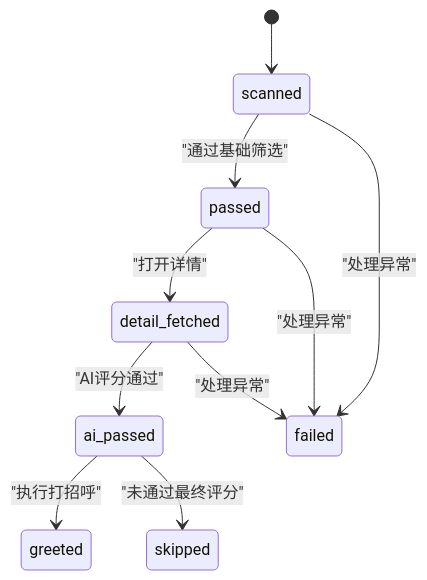
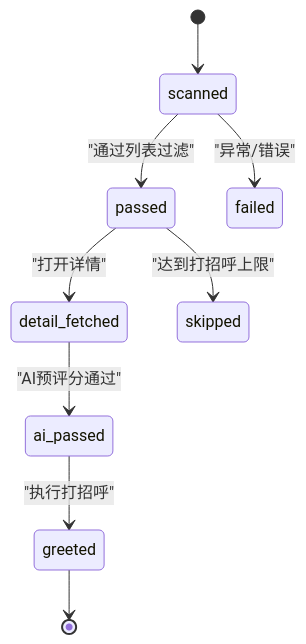
The seventh of 10 diagrams in .qoder/repowiki/zh/content/本地执行器/平台适配器/前程无忧适配器/候选人处理.md (alvinwangzi/goodhr), drawn with Mermaid before and after one commit. The commit also changed other lines of this file and 149 other files, not shown here.

````diff
--- a/.qoder/repowiki/zh/content/本地执行器/平台适配器/前程无忧适配器/候选人处理.md
+++ b/.qoder/repowiki/zh/content/本地执行器/平台适配器/前程无忧适配器/候选人处理.md
@@ -232,12 +259,11 @@
 ```mermaid
 stateDiagram-v2
 [*] --> scanned
-scanned --> passed : "通过基础筛选"
+scanned --> passed : "通过列表过滤"
 passed --> detail_fetched : "打开详情"
-detail_fetched --> ai_passed : "AI评分通过"
+detail_fetched --> ai_passed : "AI预评分通过"
 ai_passed --> greeted : "执行打招呼"
-ai_passed --> skipped : "未通过最终评分"
-scanned --> failed : "处理异常"
-passed --> failed : "处理异常"
-detail_fetched --> failed : "处理异常"
+greeted --> [*]
+scanned --> failed : "异常/错误"
+passed --> skipped : "达到打招呼上限"
 ```
````
